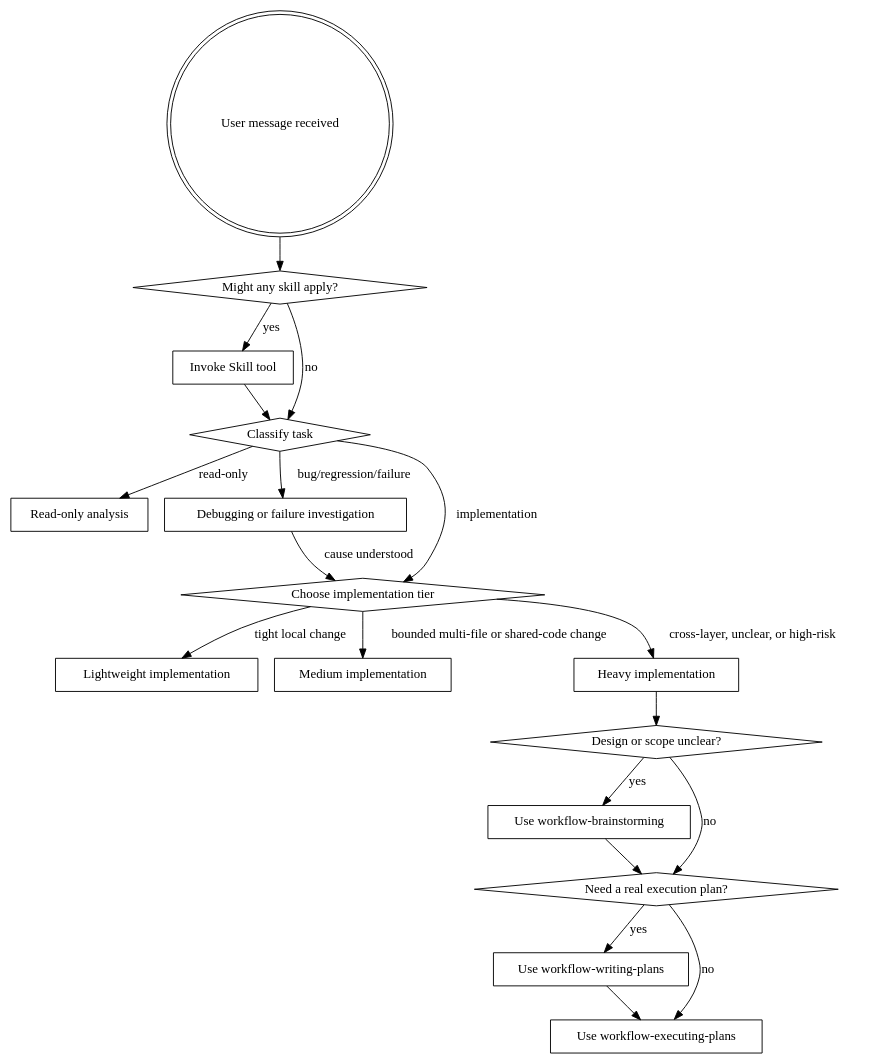
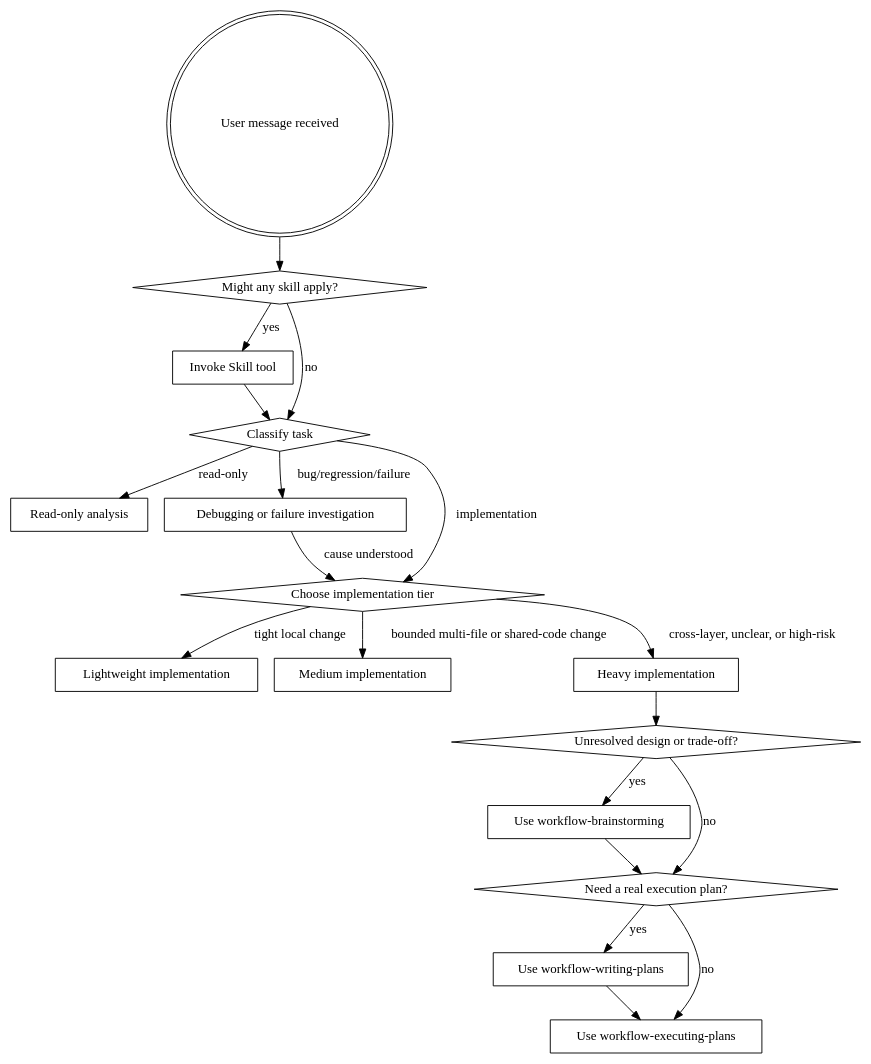
Before and after one commit to BryanHoo/workflow: the diagram in skills/workflow-start/SKILL.md, drawn with Graphviz. The commit also changed other lines of this file and 4 other files, not shown here.

````diff
--- a/skills/workflow-start/SKILL.md
+++ b/skills/workflow-start/SKILL.md
@@ -46,38 +46,38 @@
 ```dot
 digraph skill_flow {
     "User message received" [shape=doublecircle];
     "Might any skill apply?" [shape=diamond];
     "Invoke Skill tool" [shape=box];
     "Classify task" [shape=diamond];
     "Read-only analysis" [shape=box];
     "Debugging or failure investigation" [shape=box];
     "Choose implementation tier" [shape=diamond];
     "Lightweight implementation" [shape=box];
     "Medium implementation" [shape=box];
     "Heavy implementation" [shape=box];
-    "Design or scope unclear?" [shape=diamond];
+    "Unresolved design or trade-off?" [shape=diamond];
     "Use workflow-brainstorming" [shape=box];
     "Need a real execution plan?" [shape=diamond];
     "Use workflow-writing-plans" [shape=box];
     "Use workflow-executing-plans" [shape=box];
 
     "User message received" -> "Might any skill apply?";
     "Might any skill apply?" -> "Invoke Skill tool" [label="yes"];
     "Might any skill apply?" -> "Classify task" [label="no"];
     "Invoke Skill tool" -> "Classify task";
     "Classify task" -> "Read-only analysis" [label="read-only"];
     "Classify task" -> "Debugging or failure investigation" [label="bug/regression/failure"];
     "Classify task" -> "Choose implementation tier" [label="implementation"];
     "Choose implementation tier" -> "Lightweight implementation" [label="tight local change"];
     "Choose implementation tier" -> "Medium implementation" [label="bounded multi-file or shared-code change"];
     "Choose implementation tier" -> "Heavy implementation" [label="cross-layer, unclear, or high-risk"];
     "Debugging or failure investigation" -> "Choose implementation tier" [label="cause understood"];
-    "Heavy implementation" -> "Design or scope unclear?";
-    "Design or scope unclear?" -> "Use workflow-brainstorming" [label="yes"];
-    "Design or scope unclear?" -> "Need a real execution plan?" [label="no"];
+    "Heavy implementation" -> "Unresolved design or trade-off?";
+    "Unresolved design or trade-off?" -> "Use workflow-brainstorming" [label="yes"];
+    "Unresolved design or trade-off?" -> "Need a real execution plan?" [label="no"];
     "Use workflow-brainstorming" -> "Need a real execution plan?";
     "Need a real execution plan?" -> "Use workflow-writing-plans" [label="yes"];
     "Need a real execution plan?" -> "Use workflow-executing-plans" [label="no"];
     "Use workflow-writing-plans" -> "Use workflow-executing-plans";
 }
 ```
````
